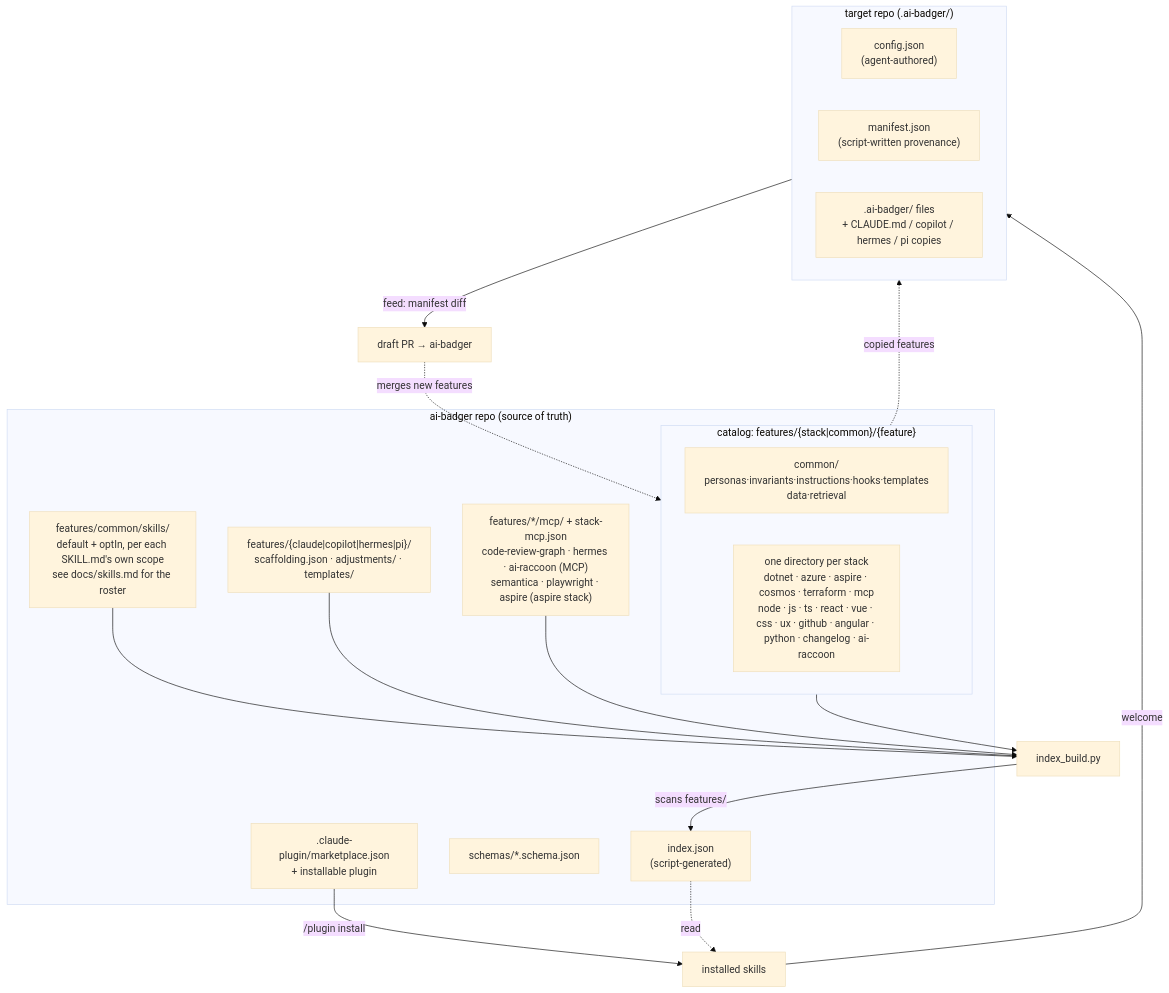
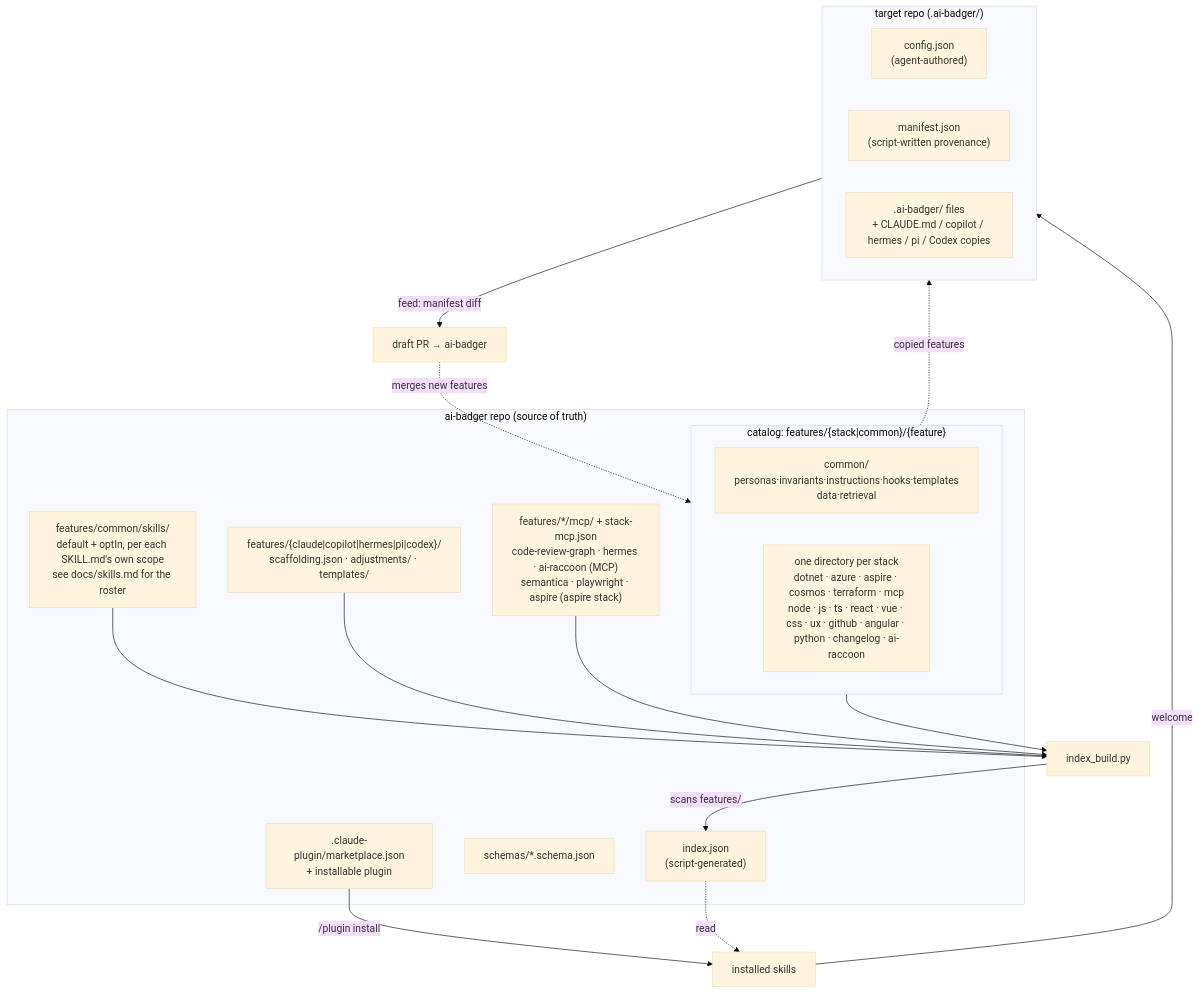
One commit to Arasz/ai-badger changed the diagram in README.md. Above: the diagram before and after it, drawn with Mermaid (base theme). The commit also changed other lines of this file and 148 other files, not shown here.

````diff
--- a/README.md
+++ b/README.md
@@ -354,31 +359,31 @@
 ```mermaid
 flowchart TB
   subgraph FW["ai-badger repo (source of truth)"]
     IDX["index.json\n(script-generated)"]
     SCH["schemas/*.schema.json"]
     subgraph CAT["catalog: features/{stack|common}/{feature}"]
       COMMON["common/\npersonas·invariants·instructions·hooks·templates\ndata·retrieval"]
       STACKS["one directory per stack\ndotnet · azure · aspire · cosmos · terraform · mcp\nnode · js · ts · react · vue · css · ux · github · angular · python · changelog · ai-raccoon"]
     end
     SKILLSDIR["features/common/skills/\ndefault + optIn, per each SKILL.md's own scope\nsee docs/skills.md for the roster"]
-    AGENTS["features/{claude|copilot|hermes|pi}/\nscaffolding.json · adjustments/ · templates/"]
+    AGENTS["features/{claude|copilot|hermes|pi|codex}/\nscaffolding.json · adjustments/ · templates/"]
     MCPCAT["features/*/mcp/ + stack-mcp.json\ncode-review-graph · hermes · ai-raccoon (MCP)\nsemantica · playwright · aspire (aspire stack)"]
     MKT[".claude-plugin/marketplace.json\n+ installable plugin"]
   end
   IDXbuild["index_build.py"] -->|scans features/| IDX
   CAT --> IDXbuild
   SKILLSDIR --> IDXbuild
   AGENTS --> IDXbuild
   MCPCAT --> IDXbuild
   MKT -->|/plugin install| SKILLS["installed skills"]
   IDX -. read .-> SKILLS
   CAT -. copied features .-> PROJ
   subgraph PROJ["target repo (.ai-badger/)"]
     CFG["config.json\n(agent-authored)"]
     MAN["manifest.json\n(script-written provenance)"]
-    OUT[".ai-badger/ files\n+ CLAUDE.md / copilot / hermes / pi copies"]
+    OUT[".ai-badger/ files\n+ CLAUDE.md / copilot / hermes / pi / Codex copies"]
   end
   SKILLS -->|welcome| PROJ
   PROJ -->|feed: manifest diff| PRD["draft PR → ai-badger"]
   PRD -. merges new features .-> CAT
 ```
````
